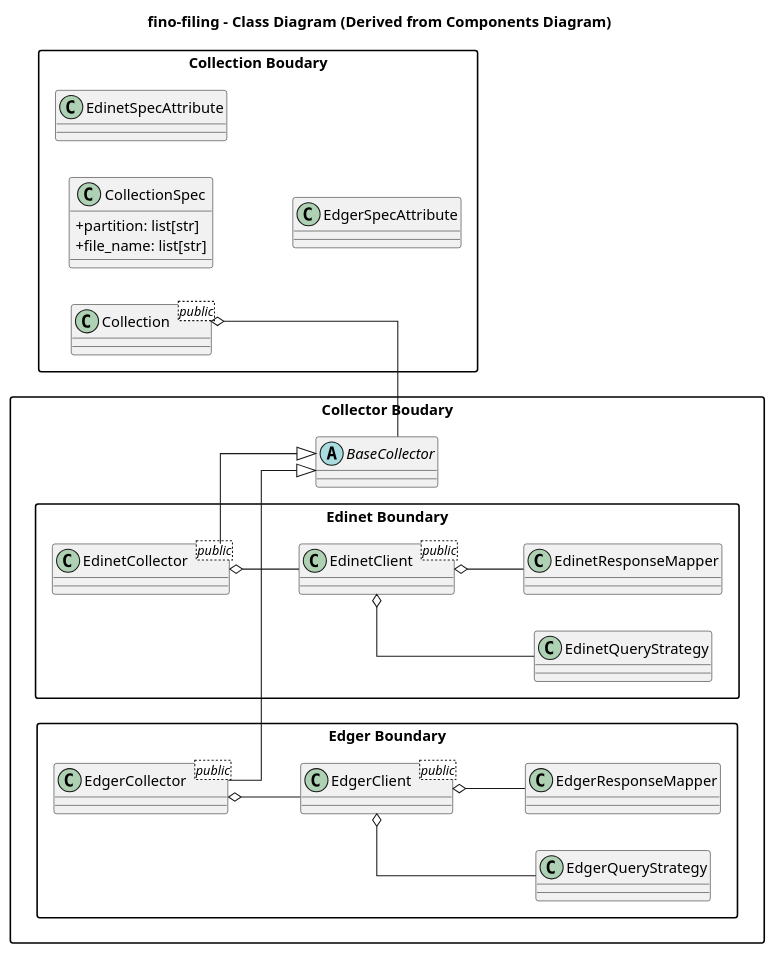
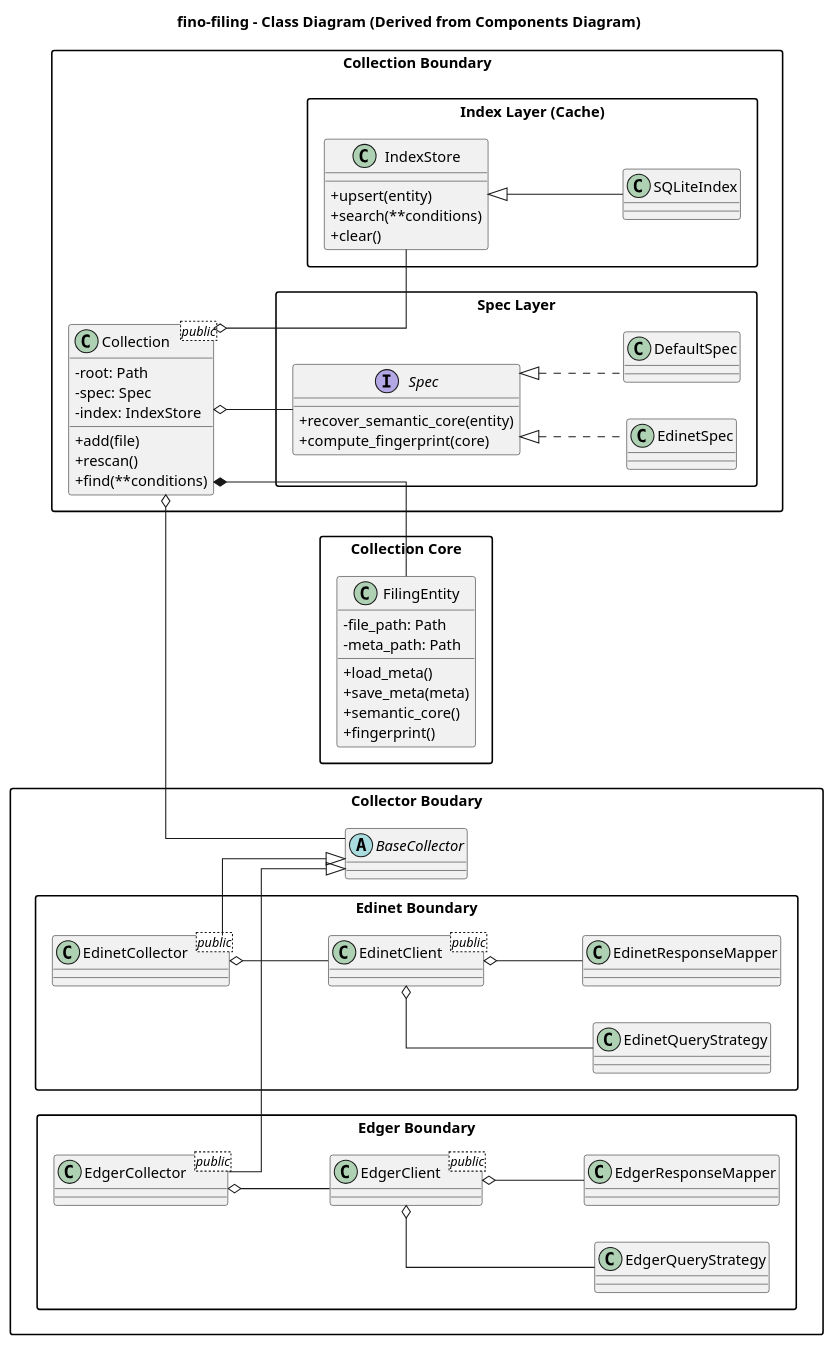
The diagram in docs/design/coding_final.puml (fino-dev/fino-filing), drawn with PlantUML before and after one commit. The commit also changed other lines of this file, not shown here.

```diff
--- a/docs/design/coding_final.puml
+++ b/docs/design/coding_final.puml
@@ -1,130 +1,171 @@
 @startuml fino-filing - Coding Level
 title fino-filing - Class Diagram (Derived from Components Diagram)
 
 skinparam linetype ortho
 skinparam classAttributeIconSize 0
 skinparam packageStyle rectangle
 
 ' top to bottom direction
 left to right direction
 
-package "Collection Boudary" {
+package "Collection Boundary" {
     class Collection <public> {
+        - root: Path
+        - spec: Spec
+        - index: IndexStore
+        + add(file)
+        + rescan()
+        + find(**conditions)
     }
-    class CollectionSpec {
-        + partition: list[str]
-        + file_name: list[str]
+
+    package "Spec Layer" {
+        interface Spec {
+            + recover_semantic_core(entity)
+            + compute_fingerprint(core)
+        }
+    class EdinetSpec
+    class DefaultSpec
     }
-    class EdinetSpecAttribute {}
-    class EdgerSpecAttribute {}
+
+    package "Index Layer (Cache)" {
+        class IndexStore {
+            + upsert(entity)
+            + search(**conditions)
+            + clear()
+        }
+        class SQLiteIndex
+    }
 }
 
 package "Collector Boudary" {
     abstract BaseCollector {
     }
     package "Edinet Boundary" {
         class EdinetCollector <public> {
         }
         class EdinetClient <public> {}
         class EdinetQueryStrategy {
         }
         class EdinetResponseMapper {
         }
     }
     package "Edger Boundary" {
         class EdgerCollector <public> {
         }
         class EdgerClient <public> {}
         class EdgerQueryStrategy {
         }
         class EdgerResponseMapper {
         }
     }
 }
 
 ' position
 Collection -[hidden]d-> BaseCollector
 ' connection
 Collection o-- BaseCollector
 
 EdinetCollector --|> BaseCollector
 EdgerCollector --|> BaseCollector
 
 EdinetCollector o-- EdinetClient
 EdgerCollector o-- EdgerClient
 
 EdinetClient o-- EdinetQueryStrategy
 EdinetClient o-- EdinetResponseMapper
 
 EdgerClient o-- EdgerQueryStrategy
 EdgerClient o-- EdgerResponseMapper
+
+
+Collection o-- Spec
+Collection o-- IndexStore
+
+Spec <|.. EdinetSpec
+Spec <|.. DefaultSpec
 
 
 ' package "Collection Boundary" {
 '     class Collection <<public>> {
 '         + add(filing, content)
 '         + find(**filters)
 '         + get(filing_id)
 '         + list_all()
 '         + export_catalog()
 '     }
     
 '     interface CatalogStore {
 '         + index(metadata)
 '         + search(**filters)
 '         + get_metadata(filing_id)
 '     }
     
 '     class SQLiteCatalog {
 '         - conn: Connection
 '         + index(metadata)
 '         + search(**filters)
 '     }
     
 '     class DuckDBCatalog {
 '         - conn: Connection
 '         + index(metadata)
 '         + search(**filters)
 '     }
     
 '     interface Storage {
 '         + save(path, content)
 '         + load(path)
 '         + exists(path)
 '     }
     
 '     class PartitionSpec {
 '         - strategy: PartitionStrategy
 '         + compute_path(metadata)
 '     }
     
 '     interface PartitionStrategy {
 '         + generate_path(metadata)
 '     }
     
 '     class DatePartitionStrategy
 '     class CompanyPartitionStrategy
 '     class CustomPartitionStrategy
     
 '     class Filing <<ValueObject>> {
 '         + filing_id: str
 '         + source: str
 '         + metadata: dict
 '         + get_content()
 '         + to_xbrl()
 '     }
 ' }
 
 ' Collection o-- CatalogStore
 ' Collection o-- Storage
 ' Collection o-- PartitionSpec
 ' CatalogStore <|.. SQLiteCatalog
 ' CatalogStore <|.. DuckDBCatalog
 ' PartitionSpec o-- PartitionStrategy
 ' PartitionStrategy <|.. DatePartitionStrategy
 ' PartitionStrategy <|.. CompanyPartitionStrategy
 ' PartitionStrategy <|.. CustomPartitionStrategy
 ' Collection ..> Filing : creates
 
+package "Collection Core" {
+    class FilingEntity {
+        - file_path: Path
+        - meta_path: Path
+        + load_meta()
+        + save_meta(meta)
+        + semantic_core()
+        + fingerprint()
+    }
+}
+
+
+Collection *-- FilingEntity
+
+
+IndexStore <|-- SQLiteIndex
 
 @enduml
```
